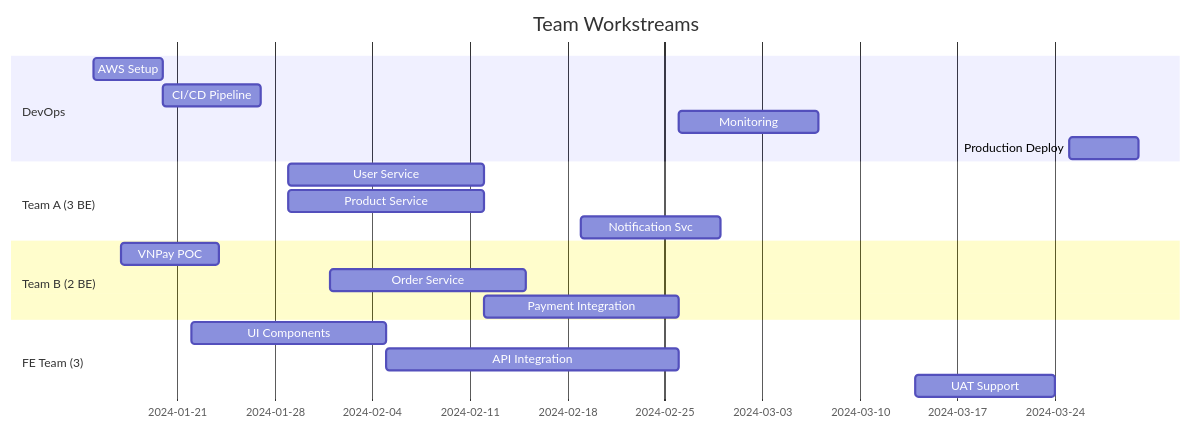
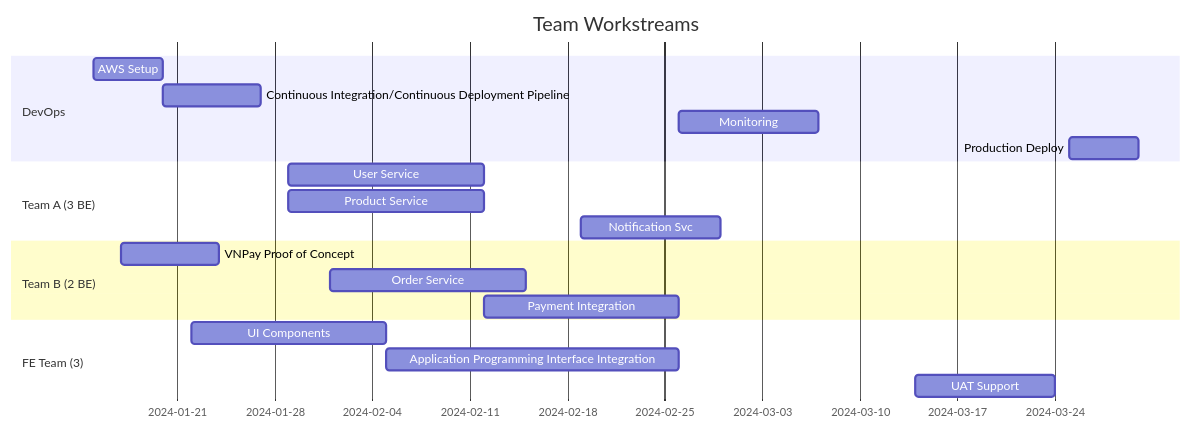
Before and after one commit to chungminhtu/S--tay-SA--Solution-Architect-: diagram 12 of 23 in So_tay_SA_VN.md, drawn with Mermaid. The commit also changed other lines of this file, not shown here.

````diff
--- a/So_tay_SA_VN.md
+++ b/So_tay_SA_VN.md
@@ -1745,22 +1745,22 @@
 ```mermaid
 gantt
     title Team Workstreams
     dateFormat  YYYY-MM-DD
     section DevOps
     AWS Setup              :2024-01-15, 5d
-    CI/CD Pipeline         :2024-01-20, 7d
+    Continuous Integration/Continuous Deployment Pipeline         :2024-01-20, 7d
     Monitoring             :2024-02-26, 10d
     Production Deploy      :2024-03-25, 5d
     section Team A (3 BE)
     User Service           :2024-01-29, 14d
     Product Service        :2024-01-29, 14d
     Notification Svc       :2024-02-19, 10d
     section Team B (2 BE)
-    VNPay POC              :2024-01-17, 7d
+    VNPay Proof of Concept              :2024-01-17, 7d
     Order Service          :2024-02-01, 14d
     Payment Integration    :2024-02-12, 14d
     section FE Team (3)
     UI Components          :2024-01-22, 14d
-    API Integration        :2024-02-05, 21d
+    Application Programming Interface Integration        :2024-02-05, 21d
     UAT Support            :2024-03-14, 10d
 ```
````
